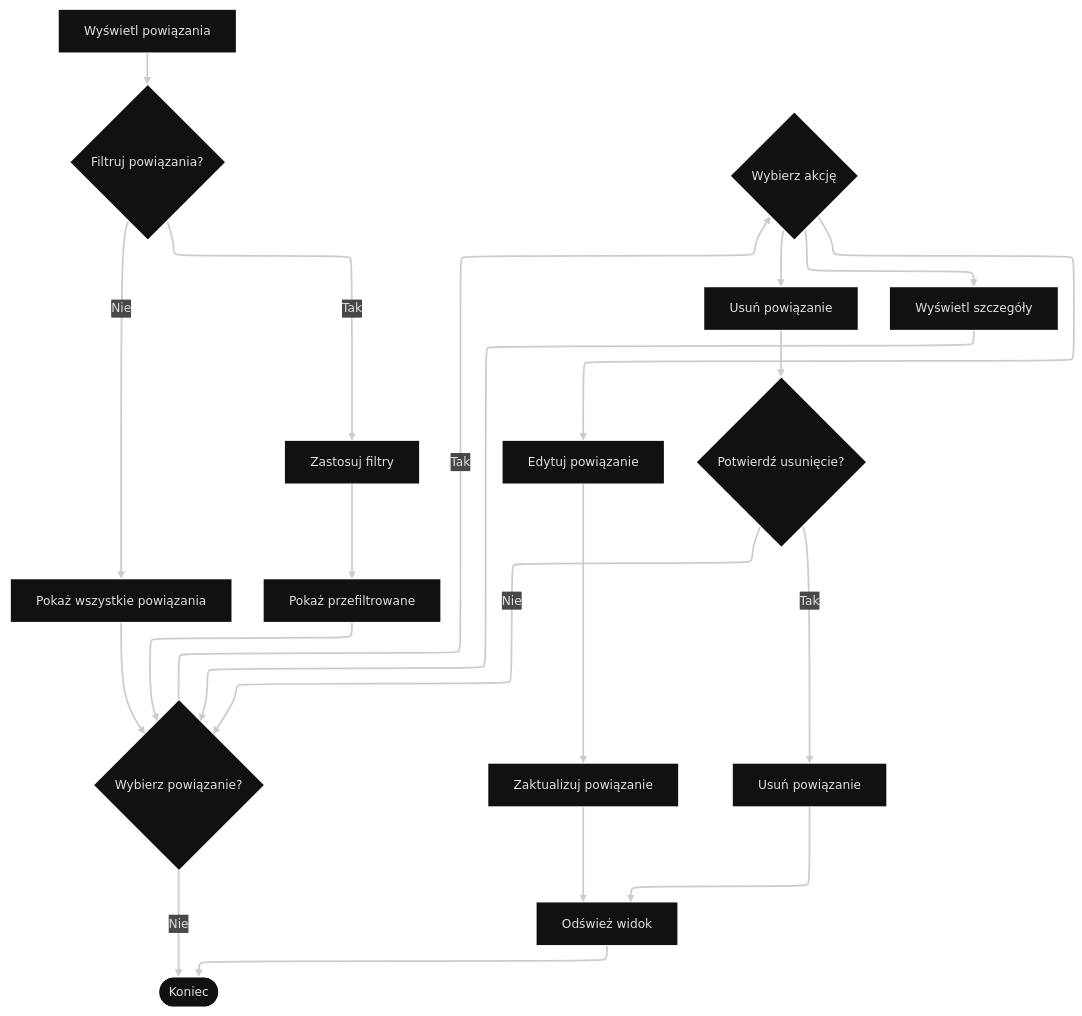
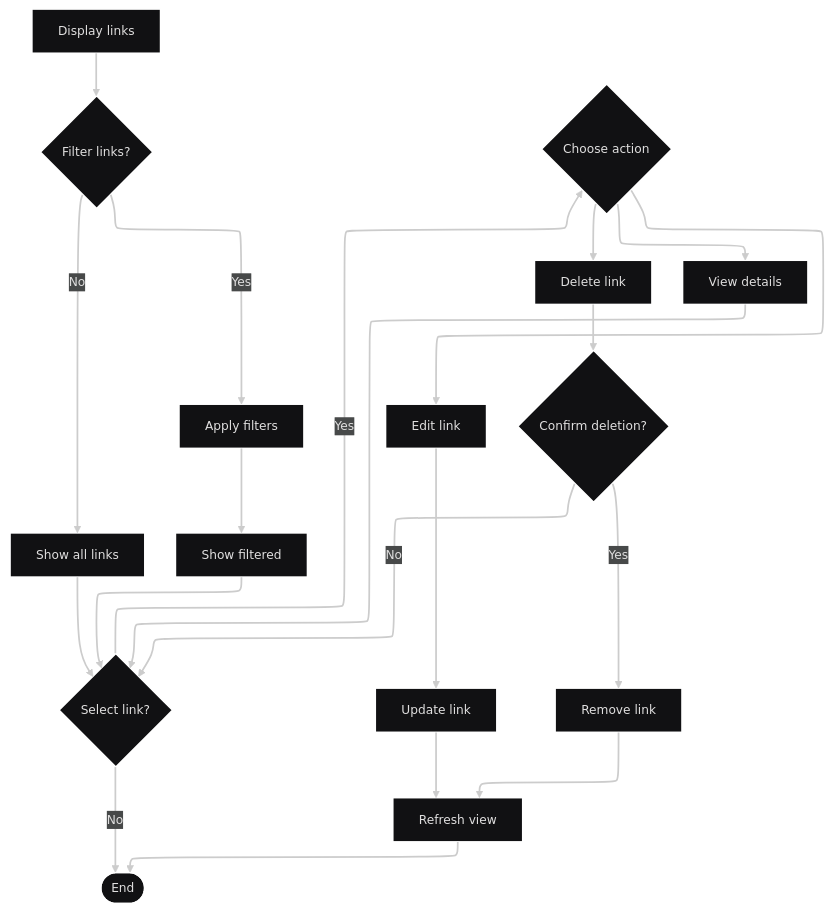
Before and after one commit to jedrzejpolaczek/aviarium.corvidae.corvus_corone: diagram 21 of 33 in docs/requirements/use-cases.md, drawn with Mermaid. The commit also changed other lines of this file and 12 other files, not shown here.

````diff
--- a/docs/requirements/use-cases.md
+++ b/docs/requirements/use-cases.md
@@ -883,25 +883,25 @@
 ```mermaid
 ---
 config:
   theme: redux-dark
   layout: elk
 ---
 flowchart TB
-    ViewLinks["Wyświetl powiązania"] --> FilterLinks{"Filtruj powiązania?"}
-    FilterLinks -- Tak --> ApplyFilter["Zastosuj filtry"]
-    FilterLinks -- Nie --> ShowAllLinks["Pokaż wszystkie powiązania"]
-    ApplyFilter --> ShowFilteredLinks["Pokaż przefiltrowane"]
-    ShowAllLinks --> SelectLink{"Wybierz powiązanie?"}
+    ViewLinks["Display links"] --> FilterLinks{"Filter links?"}
+    FilterLinks -- Yes --> ApplyFilter["Apply filters"]
+    FilterLinks -- No --> ShowAllLinks["Show all links"]
+    ApplyFilter --> ShowFilteredLinks["Show filtered"]
+    ShowAllLinks --> SelectLink{"Select link?"}
     ShowFilteredLinks --> SelectLink
-    SelectLink -- Nie --> End(["Koniec"])
-    SelectLink -- Tak --> ChooseLinkAction{"Wybierz akcję"}
-    ChooseLinkAction --> EditLink["Edytuj powiązanie"] & DeleteLink["Usuń powiązanie"] & ViewDetails["Wyświetl szczegóły"]
-    EditLink --> UpdateLink["Zaktualizuj powiązanie"]
-    DeleteLink --> ConfirmDelete{"Potwierdź usunięcie?"}
-    ConfirmDelete -- Tak --> RemoveLink["Usuń powiązanie"]
-    ConfirmDelete -- Nie --> SelectLink
+    SelectLink -- No --> End(["End"])
+    SelectLink -- Yes --> ChooseLinkAction{"Choose action"}
+    ChooseLinkAction --> EditLink["Edit link"] & DeleteLink["Delete link"] & ViewDetails["View details"]
+    EditLink --> UpdateLink["Update link"]
+    DeleteLink --> ConfirmDelete{"Confirm deletion?"}
+    ConfirmDelete -- Yes --> RemoveLink["Remove link"]
+    ConfirmDelete -- No --> SelectLink
     ViewDetails --> SelectLink
-    UpdateLink --> RefreshView["Odśwież widok"]
+    UpdateLink --> RefreshView["Refresh view"]
     RemoveLink --> RefreshView
     RefreshView --> End
 ```
````
